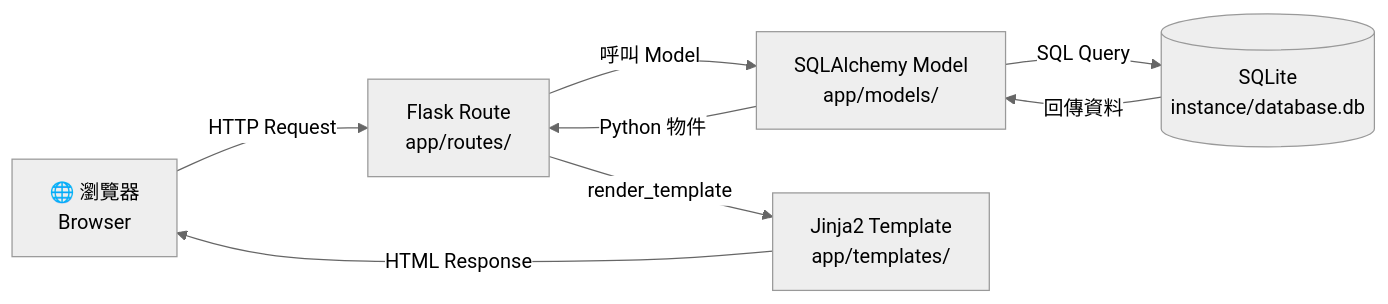
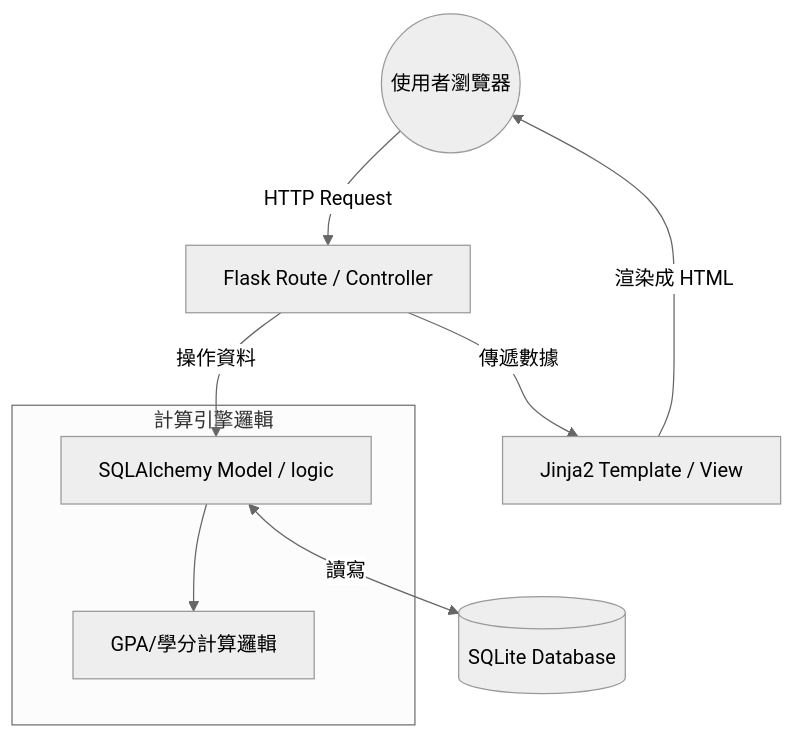
One commit to amelialai0316-eng/web_app_development changed the diagram in docs/ARCHITECTURE.md. Above: the diagram before and after it, drawn with Mermaid (neutral theme). The commit also changed other lines of this file and 12 other files, not shown here.

````diff
--- a/docs/ARCHITECTURE.md
+++ b/docs/ARCHITECTURE.md
@@ -107,10 +54,12 @@
 ```mermaid
-flowchart LR
-    A[🌐 瀏覽器\nBrowser] -->|HTTP Request| B[Flask Route\napp/routes/]
-    B -->|呼叫 Model| C[SQLAlchemy Model\napp/models/]
-    C -->|SQL Query| D[(SQLite\ninstance/database.db)]
-    D -->|回傳資料| C
-    C -->|Python 物件| B
-    B -->|render_template| E[Jinja2 Template\napp/templates/]
-    E -->|HTML Response| A
+graph TD
+    User((使用者瀏覽器)) -->|HTTP Request| Route[Flask Route / Controller]
+    Route -->|操作資料| Model[SQLAlchemy Model / logic]
+    Model <-->|讀寫| DB[(SQLite Database)]
+    Route -->|傳遞數據| Template[Jinja2 Template / View]
+    Template -->|渲染成 HTML| User
+    
+    subgraph 計算引擎邏輯
+        Model --> Calculate[GPA/學分計算邏輯]
+    end
 ```
````
